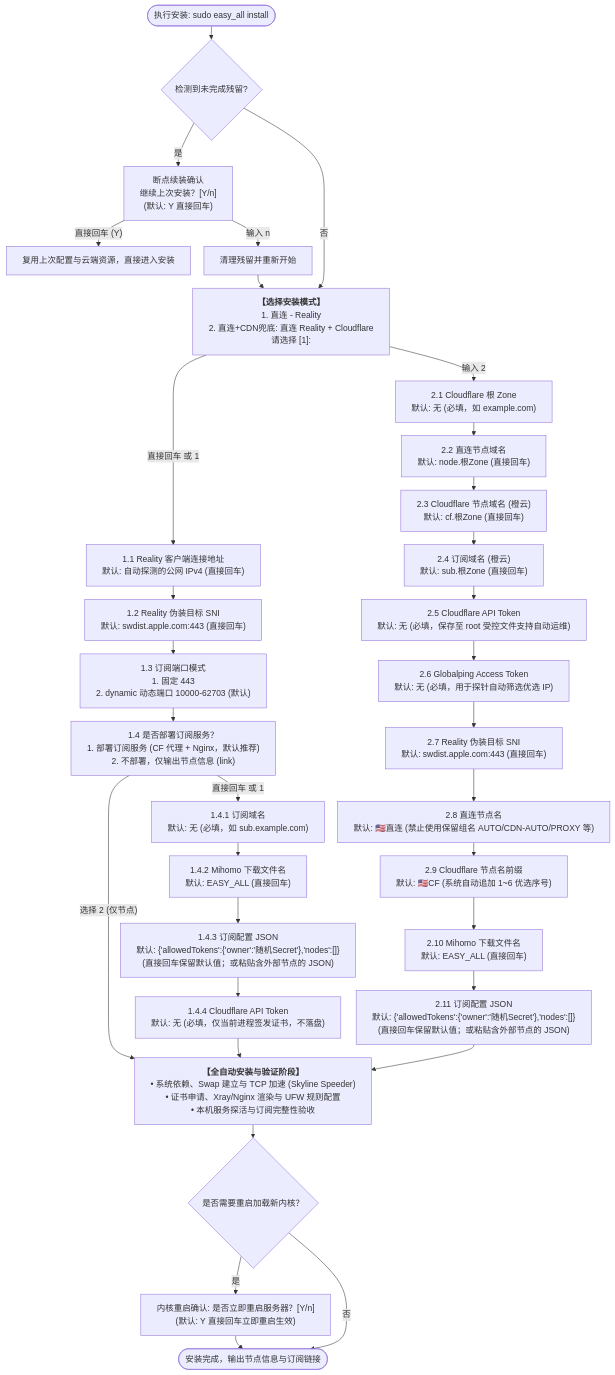
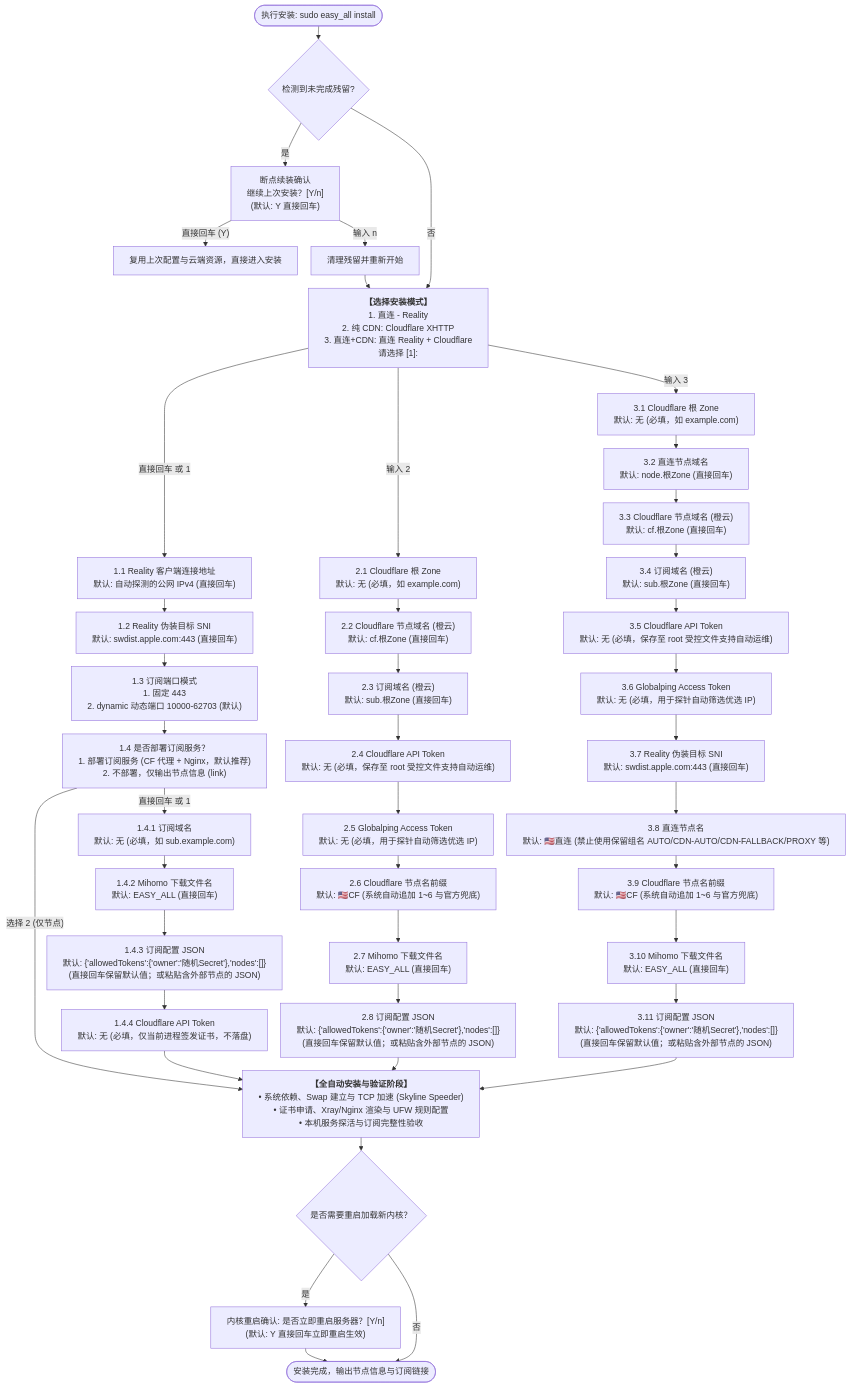
Before and after one commit to v2yiz/easy_all: the first of 2 diagrams in README.md, drawn with Mermaid. The commit also changed other lines of this file and 20 other files, not shown here.

First line of the commit message:
feat(release): 4.3.0 新增纯 CDN 模式、重构 Cloudflare 共享层并修复 Reality 订阅回滚

````diff
--- a/README.md
+++ b/README.md
@@ -70,47 +72,58 @@
 ```mermaid
 %%{init: {"flowchart": {"wrappingWidth": 600, "nodeSpacing": 25, "rankSpacing": 25}}}%%
 flowchart TD
     Start(["执行安装: sudo easy_all install"]) --> CheckResume{"检测到未完成残留?"}
 
     CheckResume -- 是 --> PromptResume["断点续装确认<br/>继续上次安装？[Y/n]<br/>(默认: Y 直接回车)"]
     CheckResume -- 否 --> ChooseMode
 
     PromptResume -- "直接回车 (Y)" --> ResumeRun["复用上次配置与云端资源，直接进入安装"]
     PromptResume -- "输入 n" --> CleanRedo["清理残留并重新开始"] --> ChooseMode
 
-    ChooseMode["<b>【选择安装模式】</b><br/>1. 直连 - Reality<br/>2. 直连+CDN兜底: 直连 Reality + Cloudflare<br/>请选择 [1]:"]
+    ChooseMode["<b>【选择安装模式】</b><br/>1. 直连 - Reality<br/>2. 纯 CDN: Cloudflare XHTTP<br/>3. 直连+CDN: 直连 Reality + Cloudflare<br/>请选择 [1]:"]
 
     %% ---------------- 模式 1: Reality ----------------
     ChooseMode -- "直接回车 或 1" --> M1_NodeHost["1.1 Reality 客户端连接地址<br/>默认: 自动探测的公网 IPv4 (直接回车)"]
     M1_NodeHost --> M1_Target["1.2 Reality 伪装目标 SNI<br/>默认: swdist.apple.com:443 (直接回车)"]
     M1_Target --> M1_PortMode["1.3 订阅端口模式<br/>1. 固定 443<br/>2. dynamic 动态端口 10000-62703 (默认)"]
     M1_PortMode --> M1_SubDeploy["1.4 是否部署订阅服务？<br/>1. 部署订阅服务 (CF 代理 + Nginx，默认推荐)<br/>2. 不部署，仅输出节点信息 (link)"]
 
     M1_SubDeploy -- "选择 2 (仅节点)" --> InstallPhase
     M1_SubDeploy -- "直接回车 或 1" --> M1_SubDomain["1.4.1 订阅域名<br/>默认: 无 (必填，如 sub.example.com)"]
     M1_SubDomain --> M1_SubFile["1.4.2 Mihomo 下载文件名<br/>默认: EASY_ALL (直接回车)"]
     M1_SubFile --> M1_SubJSON["1.4.3 订阅配置 JSON<br/>默认: {'allowedTokens':{'owner':'随机Secret'},'nodes':[]}<br/>(直接回车保留默认值；或粘贴含外部节点的 JSON)"]
     M1_SubJSON --> M1_CFToken["1.4.4 Cloudflare API Token<br/>默认: 无 (必填，仅当前进程签发证书，不落盘)"]
     M1_CFToken --> InstallPhase
 
-    %% ---------------- 模式 2: 直连+CDN兜底 ----------------
-    ChooseMode -- "输入 2" --> M2_Zone["2.1 Cloudflare 根 Zone<br/>默认: 无 (必填，如 example.com)"]
-    M2_Zone --> M2_DirectDom["2.2 直连节点域名<br/>默认: node.根Zone (直接回车)"]
-    M2_DirectDom --> M2_CFDom["2.3 Cloudflare 节点域名 (橙云)<br/>默认: cf.根Zone (直接回车)"]
-    M2_CFDom --> M2_SubDom["2.4 订阅域名 (橙云)<br/>默认: sub.根Zone (直接回车)"]
-    M2_SubDom --> M2_CFToken["2.5 Cloudflare API Token<br/>默认: 无 (必填，保存至 root 受控文件支持自动运维)"]
-    M2_CFToken --> M2_GPToken["2.6 Globalping Access Token<br/>默认: 无 (必填，用于探针自动筛选优选 IP)"]
-    M2_GPToken --> M2_Target["2.7 Reality 伪装目标 SNI<br/>默认: swdist.apple.com:443 (直接回车)"]
-    M2_Target --> M2_DirectName["2.8 直连节点名<br/>默认: 🇺🇸直连 (禁止使用保留组名 AUTO/CDN-AUTO/PROXY 等)"]
-    M2_DirectName --> M2_CFPrefix["2.9 Cloudflare 节点名前缀<br/>默认: 🇺🇸CF (系统自动追加 1~6 优选序号)"]
-    M2_CFPrefix --> M2_SubFile["2.10 Mihomo 下载文件名<br/>默认: EASY_ALL (直接回车)"]
-    M2_SubFile --> M2_SubJSON["2.11 订阅配置 JSON<br/>默认: {'allowedTokens':{'owner':'随机Secret'},'nodes':[]}<br/>(直接回车保留默认值；或粘贴含外部节点的 JSON)"]
-    M2_SubJSON --> InstallPhase
+    %% ---------------- 模式 2: 纯 CDN ----------------
+    ChooseMode -- "输入 2" --> C2_Zone["2.1 Cloudflare 根 Zone<br/>默认: 无 (必填，如 example.com)"]
+    C2_Zone --> C2_CFDom["2.2 Cloudflare 节点域名 (橙云)<br/>默认: cf.根Zone (直接回车)"]
+    C2_CFDom --> C2_SubDom["2.3 订阅域名 (橙云)<br/>默认: sub.根Zone (直接回车)"]
+    C2_SubDom --> C2_CFToken["2.4 Cloudflare API Token<br/>默认: 无 (必填，保存至 root 受控文件支持自动运维)"]
+    C2_CFToken --> C2_GPToken["2.5 Globalping Access Token<br/>默认: 无 (必填，用于探针自动筛选优选 IP)"]
+    C2_GPToken --> C2_CFPrefix["2.6 Cloudflare 节点名前缀<br/>默认: 🇺🇸CF (系统自动追加 1~6 与官方兜底)"]
+    C2_CFPrefix --> C2_SubFile["2.7 Mihomo 下载文件名<br/>默认: EASY_ALL (直接回车)"]
+    C2_SubFile --> C2_SubJSON["2.8 订阅配置 JSON<br/>默认: {'allowedTokens':{'owner':'随机Secret'},'nodes':[]}<br/>(直接回车保留默认值；或粘贴含外部节点的 JSON)"]
+    C2_SubJSON --> InstallPhase
+
+    %% ---------------- 模式 3: 直连+CDN ----------------
+    ChooseMode -- "输入 3" --> M3_Zone["3.1 Cloudflare 根 Zone<br/>默认: 无 (必填，如 example.com)"]
+    M3_Zone --> M3_DirectDom["3.2 直连节点域名<br/>默认: node.根Zone (直接回车)"]
+    M3_DirectDom --> M3_CFDom["3.3 Cloudflare 节点域名 (橙云)<br/>默认: cf.根Zone (直接回车)"]
+    M3_CFDom --> M3_SubDom["3.4 订阅域名 (橙云)<br/>默认: sub.根Zone (直接回车)"]
+    M3_SubDom --> M3_CFToken["3.5 Cloudflare API Token<br/>默认: 无 (必填，保存至 root 受控文件支持自动运维)"]
+    M3_CFToken --> M3_GPToken["3.6 Globalping Access Token<br/>默认: 无 (必填，用于探针自动筛选优选 IP)"]
+    M3_GPToken --> M3_Target["3.7 Reality 伪装目标 SNI<br/>默认: swdist.apple.com:443 (直接回车)"]
+    M3_Target --> M3_DirectName["3.8 直连节点名<br/>默认: 🇺🇸直连 (禁止使用保留组名 AUTO/CDN-AUTO/CDN-FALLBACK/PROXY 等)"]
+    M3_DirectName --> M3_CFPrefix["3.9 Cloudflare 节点名前缀<br/>默认: 🇺🇸CF (系统自动追加 1~6 与官方兜底)"]
+    M3_CFPrefix --> M3_SubFile["3.10 Mihomo 下载文件名<br/>默认: EASY_ALL (直接回车)"]
+    M3_SubFile --> M3_SubJSON["3.11 订阅配置 JSON<br/>默认: {'allowedTokens':{'owner':'随机Secret'},'nodes':[]}<br/>(直接回车保留默认值；或粘贴含外部节点的 JSON)"]
+    M3_SubJSON --> InstallPhase
 
     %% ---------------- 通用安装执行与收尾 ----------------
     InstallPhase["<b>【全自动安装与验证阶段】</b><br/>• 系统依赖、Swap 建立与 TCP 加速 (Skyline Speeder)<br/>• 证书申请、Xray/Nginx 渲染与 UFW 规则配置<br/>• 本机服务探活与订阅完整性验收"] --> RebootCheck{"是否需要重启加载新内核？"}
 
     RebootCheck -- 是 --> PromptReboot["内核重启确认: 是否立即重启服务器？[Y/n]<br/>(默认: Y 直接回车立即重启生效)"]
     RebootCheck -- 否 --> Done(["安装完成，输出节点信息与订阅链接"])
     PromptReboot --> Done
 ```
````
